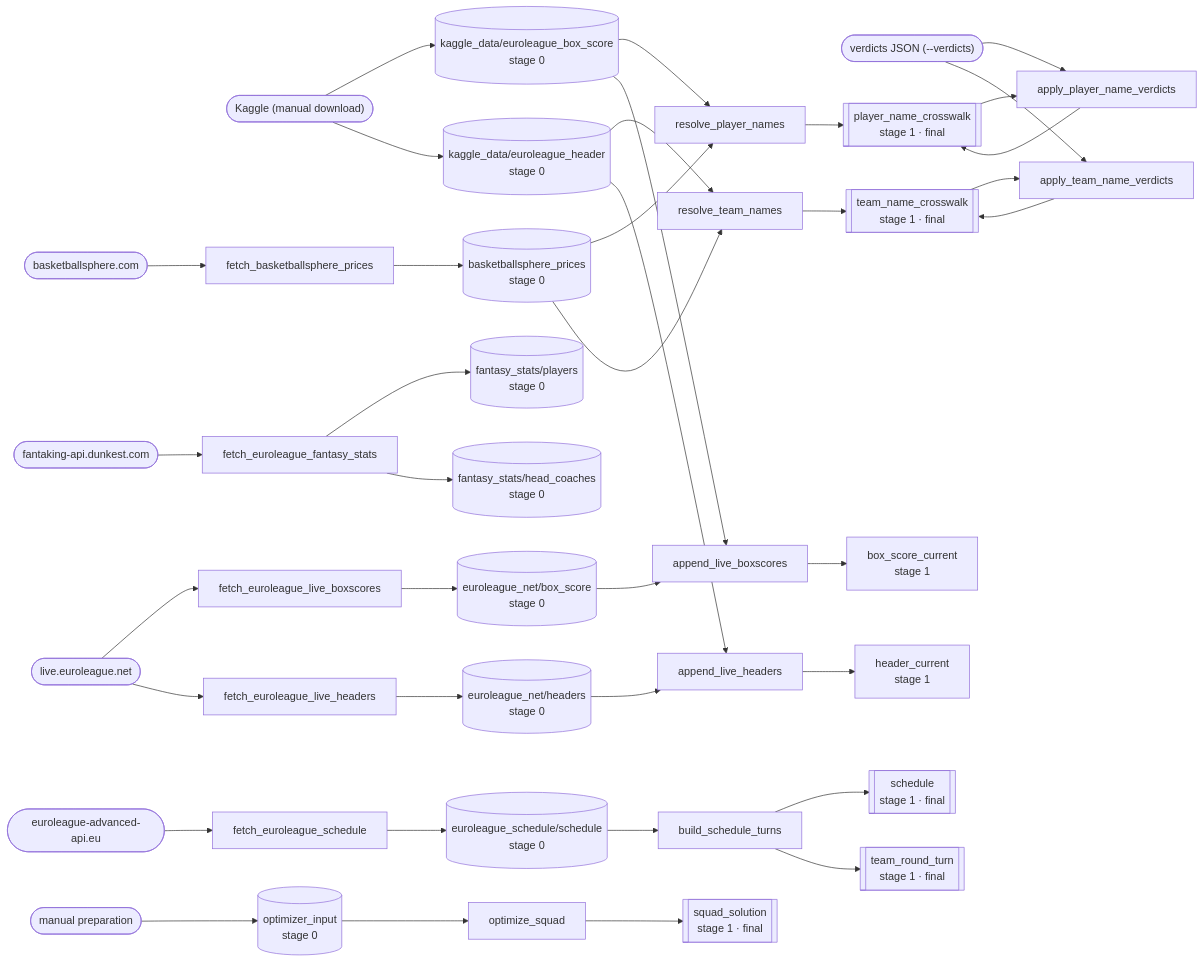
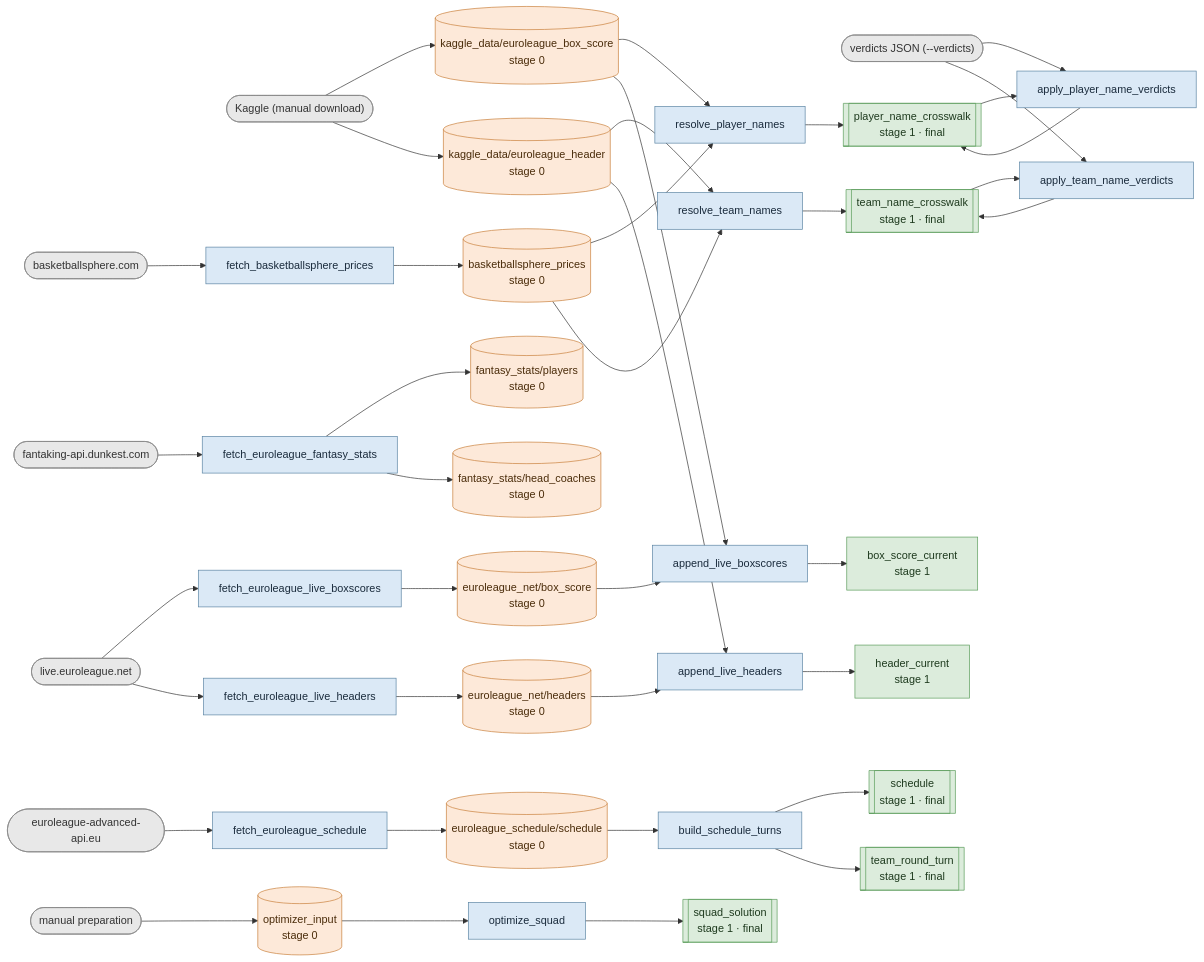
Before and after one commit to Takfes/indie-euroleague: the diagram in docs/data-graph.md, drawn with Mermaid. The commit also changed other lines of this file and 3 other files, not shown here.

First line of the commit message:
feat(skills): add update-data-docs skill, stage-color the data graph

````diff
--- a/docs/data-graph.md
+++ b/docs/data-graph.md
@@ -85,4 +85,14 @@
 
     manual --> d_opt
     d_opt --> o_sq --> d_sq
+
+    %% stage coloring
+    classDef external fill:#e8e8e8,stroke:#888888,color:#333333
+    classDef script fill:#dbe9f6,stroke:#5b84a3,color:#1a2b3c
+    classDef stage0 fill:#fde9d9,stroke:#c97f3a,color:#4a2c0a
+    classDef stage1 fill:#dcecdc,stroke:#5a9c5a,color:#1e3a1e
+    class bs,dunkest,live,adv,kaggle,verdicts,manual external
+    class f_bs,f_fs,f_live,f_lhdr,f_sched,b_turns,r_p,a_p,r_t,a_t,o_sq,t_app,t_hdr script
+    class d_prices,d_players,d_coaches,d_live,d_lhdr,d_sched,d_kbox,d_khdr,d_opt stage0
+    class d_hdrc,d_bsc,d_pxw,d_txw,d_sq,d_sch,d_trt stage1
 ```
````
